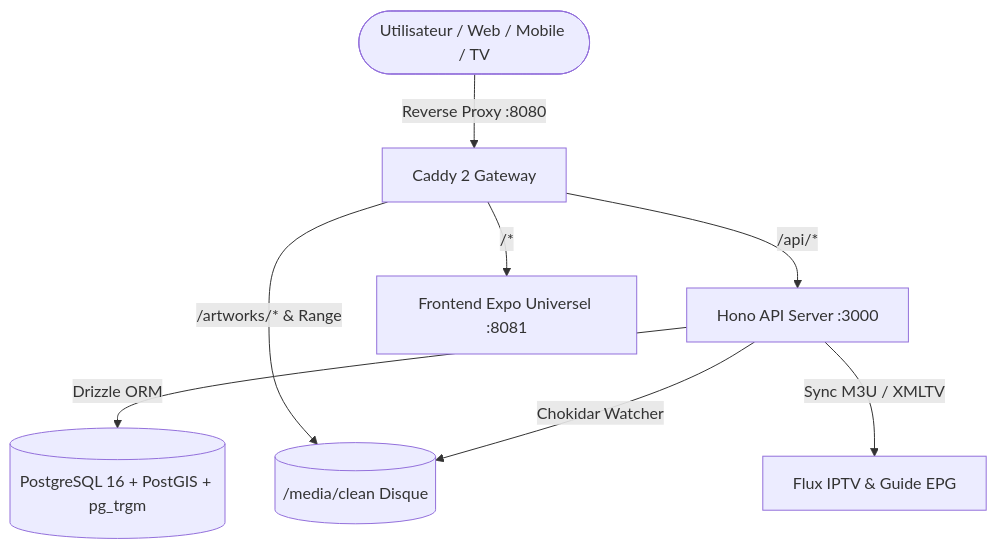
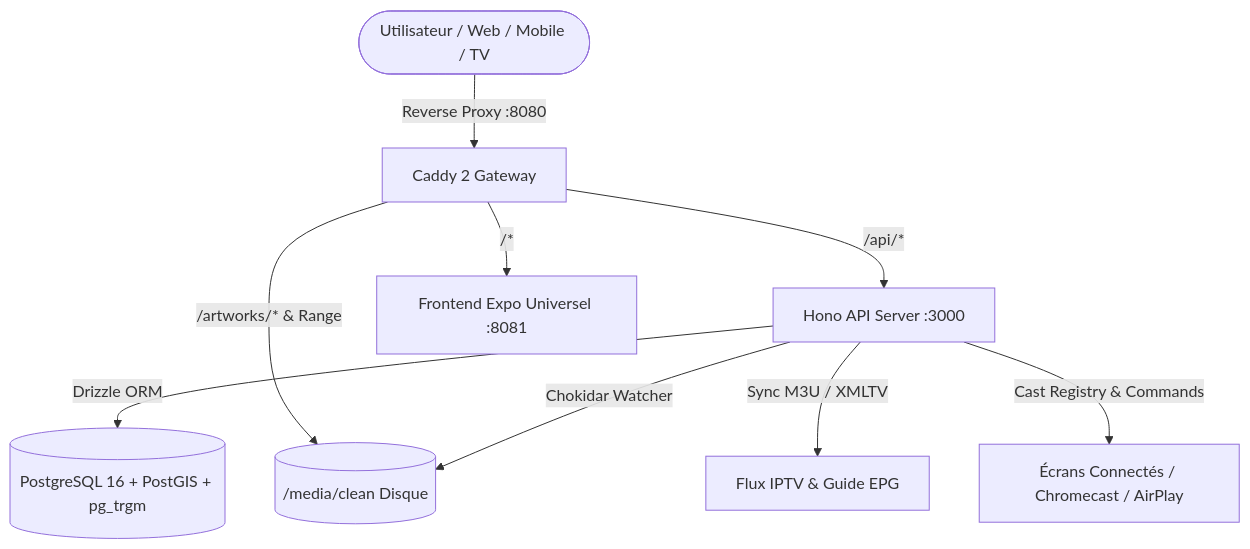
One commit to guomangu/UniversalMediaCenter changed the diagram in stack_universelle.md. Above: the diagram before and after it, drawn with Mermaid. The commit also changed other lines of this file and 4 other files, not shown here.

````diff
--- a/stack_universelle.md
+++ b/stack_universelle.md
@@ -9,10 +9,11 @@
 ```mermaid
 flowchart TD
     User([Utilisateur / Web / Mobile / TV]) -->|Reverse Proxy :8080| Caddy[Caddy 2 Gateway]
     Caddy -->|/api/*| HonoAPI[Hono API Server :3000]
     Caddy -->|/artworks/* & Range| DiskPool[(/media/clean Disque)]
     Caddy -->|/*| ExpoWeb[Frontend Expo Universel :8081]
     HonoAPI -->|Drizzle ORM| Postgres[(PostgreSQL 16 + PostGIS + pg_trgm)]
     HonoAPI -->|Chokidar Watcher| DiskPool
     HonoAPI -->|Sync M3U / XMLTV| IPTVSource[Flux IPTV & Guide EPG]
+    HonoAPI -->|Cast Registry & Commands| CastTargets[Écrans Connectés / Chromecast / AirPlay]
 ```
````
